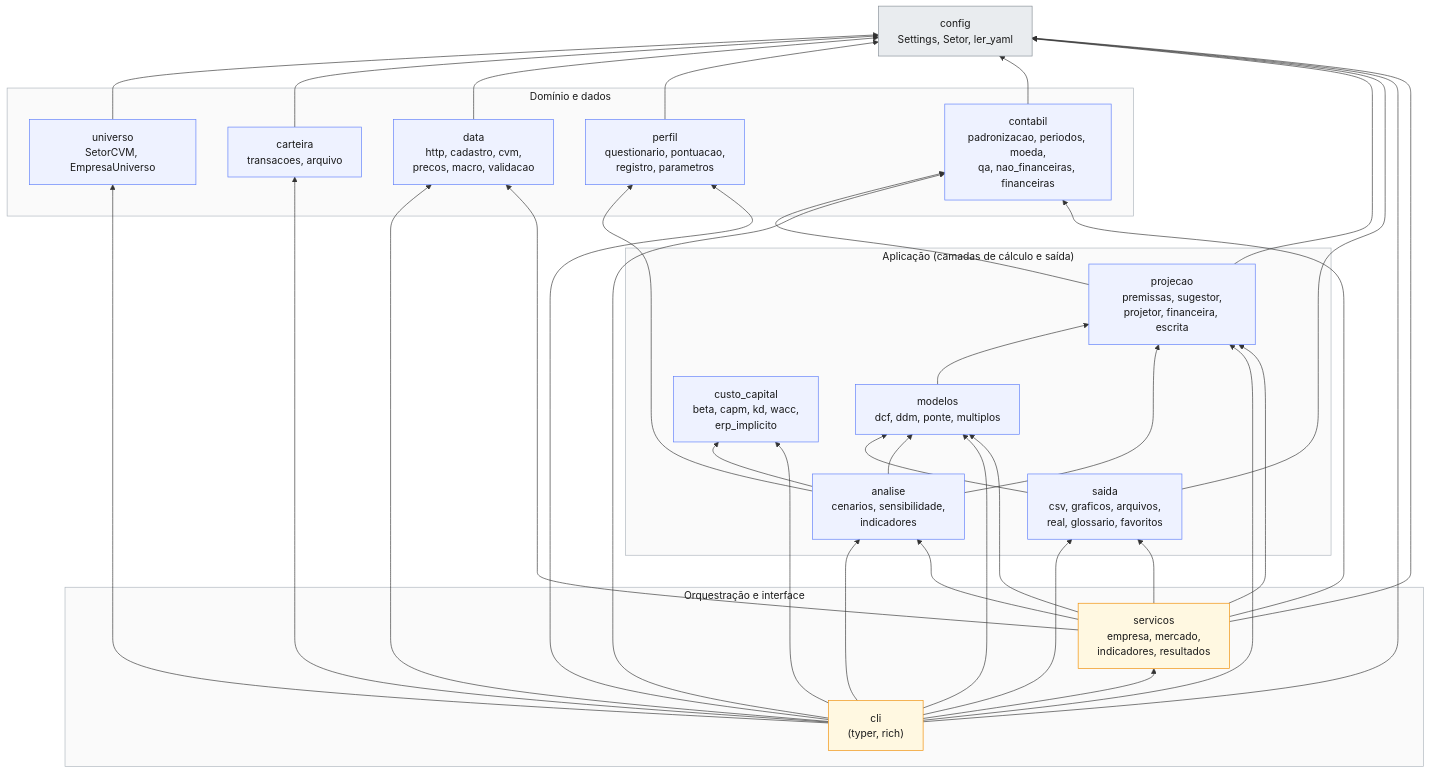
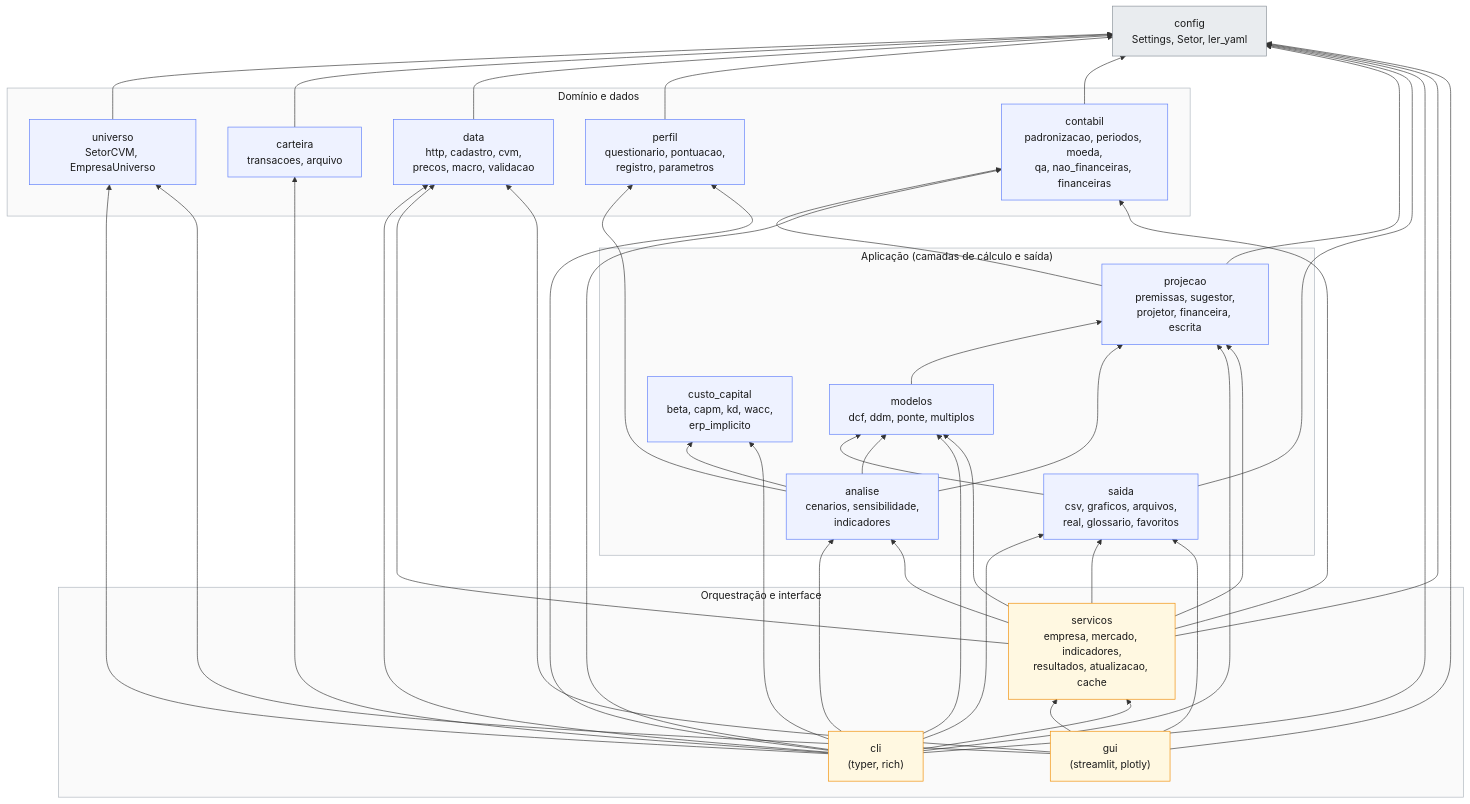
One commit to luiz2801/lastro changed the first of 3 diagrams in docs/diagrama_arquitetura.md. Above: the diagram before and after it, drawn with Mermaid. The commit also changed other lines of this file and 21 other files, not shown here.

First line of the commit message:
gui: esqueleto Streamlit, comando valuation gui e grupo opcional (S3)

````diff
--- a/docs/diagrama_arquitetura.md
+++ b/docs/diagrama_arquitetura.md
@@ -11,48 +11,50 @@
 ```mermaid
 flowchart BT
     subgraph ORQ["Orquestração e interface"]
         cli["cli<br/>(typer, rich)"]
-        servicos["servicos<br/>empresa, mercado,<br/>indicadores, resultados"]
+        gui["gui<br/>(streamlit, plotly)"]
+        servicos["servicos<br/>empresa, mercado, indicadores,<br/>resultados, atualizacao, cache"]
     end
 
     subgraph APL["Aplicação (camadas de cálculo e saída)"]
         saida["saida<br/>csv, graficos, arquivos,<br/>real, glossario, favoritos"]
         analise["analise<br/>cenarios, sensibilidade,<br/>indicadores"]
         modelos["modelos<br/>dcf, ddm, ponte, multiplos"]
         projecao["projecao<br/>premissas, sugestor,<br/>projetor, financeira, escrita"]
         custo["custo_capital<br/>beta, capm, kd, wacc,<br/>erp_implicito"]
     end
 
     subgraph DOM["Domínio e dados"]
         contabil["contabil<br/>padronizacao, periodos, moeda,<br/>qa, nao_financeiras, financeiras"]
         perfil["perfil<br/>questionario, pontuacao,<br/>registro, parametros"]
         data["data<br/>http, cadastro, cvm,<br/>precos, macro, validacao"]
         carteira["carteira<br/>transacoes, arquivo"]
         universo["universo<br/>SetorCVM, EmpresaUniverso"]
     end
 
     config["config<br/>Settings, Setor, ler_yaml"]
 
     cli --> servicos
+    gui --> servicos & saida & data & universo & config
     servicos --> saida & analise & modelos & contabil & data & projecao & config
     cli --> saida & analise & modelos & projecao & custo & contabil & perfil & data & carteira & universo & config
     analise --> modelos & projecao & custo & perfil
     saida --> modelos & config
     modelos --> projecao
     projecao --> contabil & config
     contabil --> config
     perfil --> config
     data --> config
     carteira --> config
     universo --> config
 
     classDef pacote fill:#eef2ff,stroke:#5c7cfa,color:#1a1a1a
     classDef base fill:#e9ecef,stroke:#868e96,color:#1a1a1a
     classDef topo fill:#fff8e1,stroke:#f08c00,color:#1a1a1a
     class saida,analise,modelos,projecao,custo,contabil,perfil,data,carteira,universo pacote
     class config base
-    class cli,servicos topo
+    class cli,gui,servicos topo
     style ORQ fill:#fafafa,stroke:#adb5bd,color:#1a1a1a
     style APL fill:#fafafa,stroke:#adb5bd,color:#1a1a1a
     style DOM fill:#fafafa,stroke:#adb5bd,color:#1a1a1a
 ```
````
